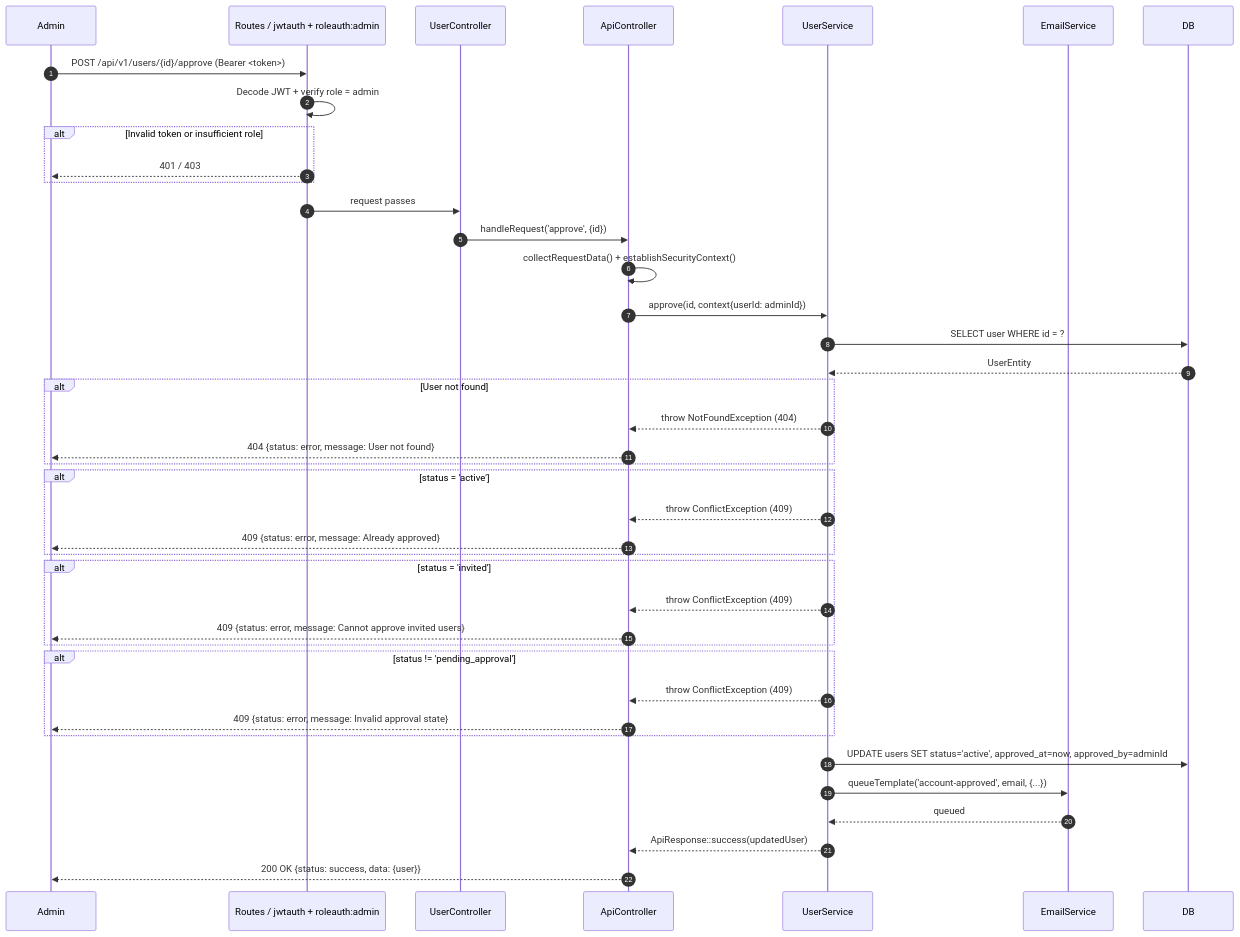
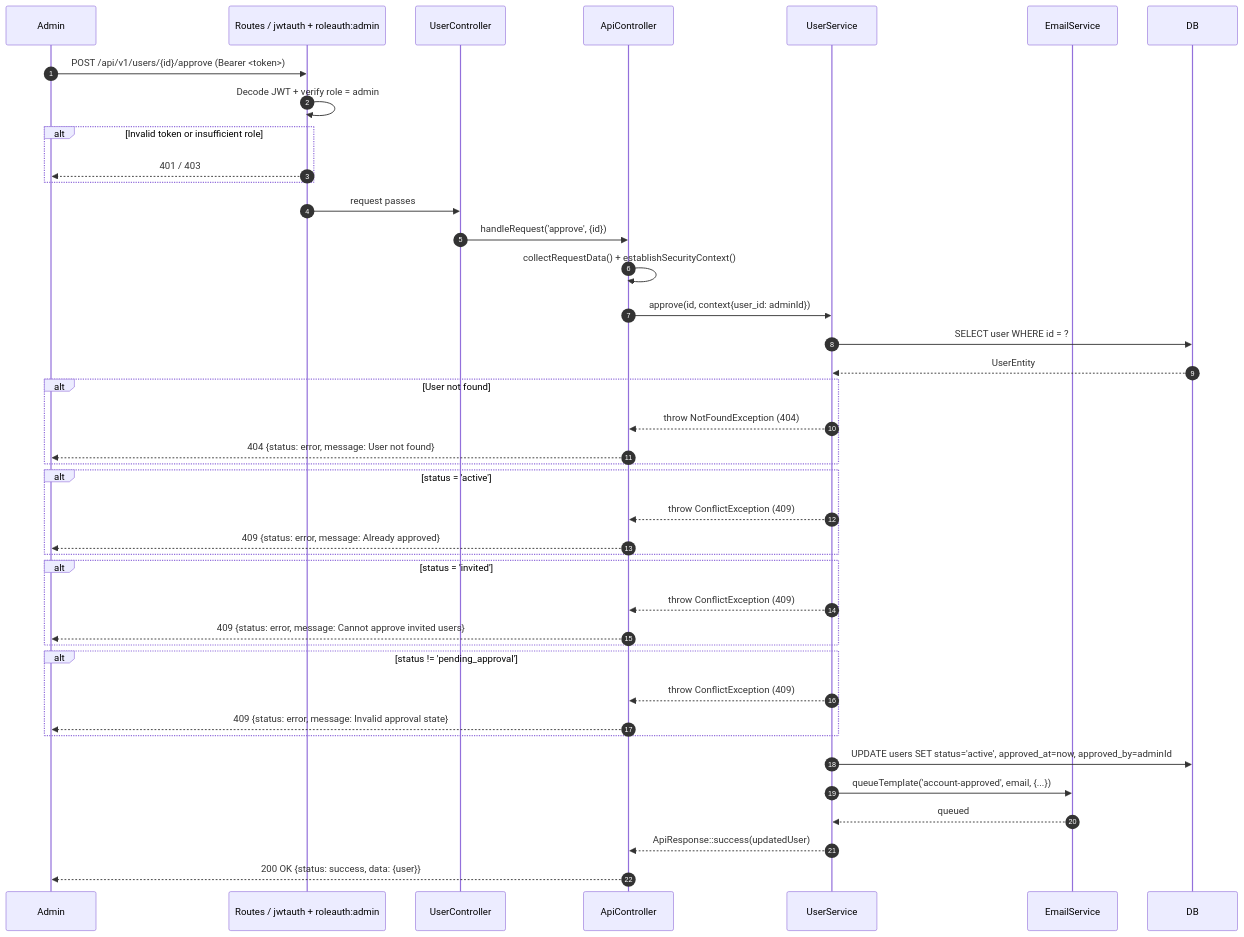
Before and after one commit to dcardenasl/ci4-api-starter: the second of 3 diagrams in docs/flows/REGISTER-APPROVAL-FLOW.md, drawn with Mermaid. The commit also changed other lines of this file and 26 other files, not shown here.

Commit message:
docs(api): update architecture guides and regenerate openapi specifications

````diff
--- a/docs/flows/REGISTER-APPROVAL-FLOW.md
+++ b/docs/flows/REGISTER-APPROVAL-FLOW.md
@@ -101,54 +101,54 @@
 ```mermaid
 sequenceDiagram
     autonumber
     participant Admin
     participant jwtauth as Routes / jwtauth + roleauth:admin
     participant Controller as UserController
     participant ApiCtrl as ApiController
     participant UserSvc as UserService
     participant EmailSvc as EmailService
     participant DB
 
     Admin->>jwtauth: POST /api/v1/users/{id}/approve (Bearer <token>)
 
     jwtauth->>jwtauth: Decode JWT + verify role = admin
     alt Invalid token or insufficient role
         jwtauth-->>Admin: 401 / 403
     end
 
     jwtauth->>Controller: request passes
 
     Controller->>ApiCtrl: handleRequest('approve', {id})
     ApiCtrl->>ApiCtrl: collectRequestData() + establishSecurityContext()
-    ApiCtrl->>UserSvc: approve(id, context{userId: adminId})
+    ApiCtrl->>UserSvc: approve(id, context{user_id: adminId})
 
     UserSvc->>DB: SELECT user WHERE id = ?
     DB-->>UserSvc: UserEntity
 
     alt User not found
         UserSvc-->>ApiCtrl: throw NotFoundException (404)
         ApiCtrl-->>Admin: 404 {status: error, message: User not found}
     end
 
     alt status = 'active'
         UserSvc-->>ApiCtrl: throw ConflictException (409)
         ApiCtrl-->>Admin: 409 {status: error, message: Already approved}
     end
 
     alt status = 'invited'
         UserSvc-->>ApiCtrl: throw ConflictException (409)
         ApiCtrl-->>Admin: 409 {status: error, message: Cannot approve invited users}
     end
 
     alt status != 'pending_approval'
         UserSvc-->>ApiCtrl: throw ConflictException (409)
         ApiCtrl-->>Admin: 409 {status: error, message: Invalid approval state}
     end
 
     UserSvc->>DB: UPDATE users SET status='active', approved_at=now, approved_by=adminId
     UserSvc->>EmailSvc: queueTemplate('account-approved', email, {...})
     EmailSvc-->>UserSvc: queued
 
     UserSvc-->>ApiCtrl: ApiResponse::success(updatedUser)
     ApiCtrl-->>Admin: 200 OK {status: success, data: {user}}
 ```
````
